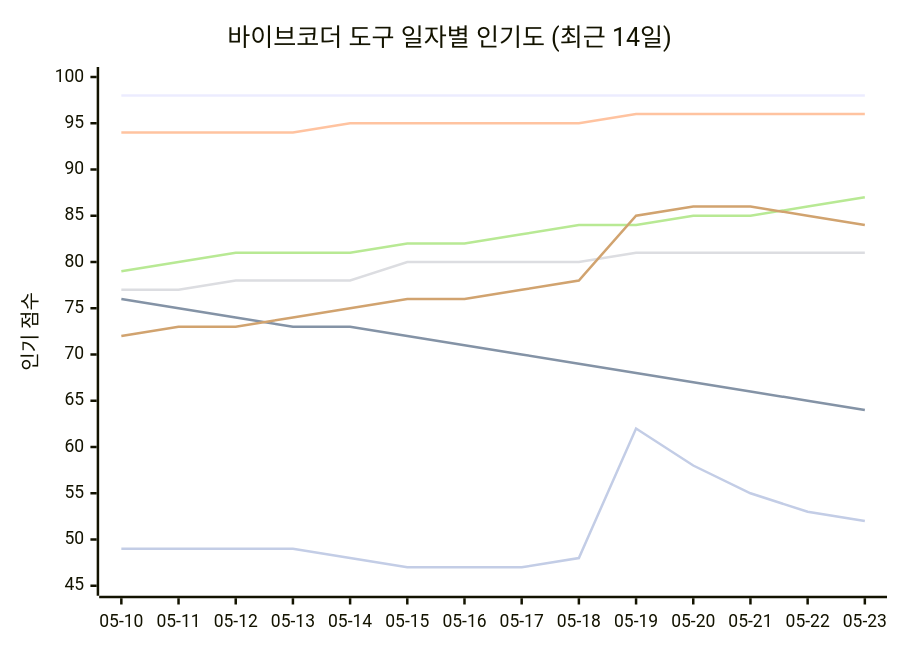
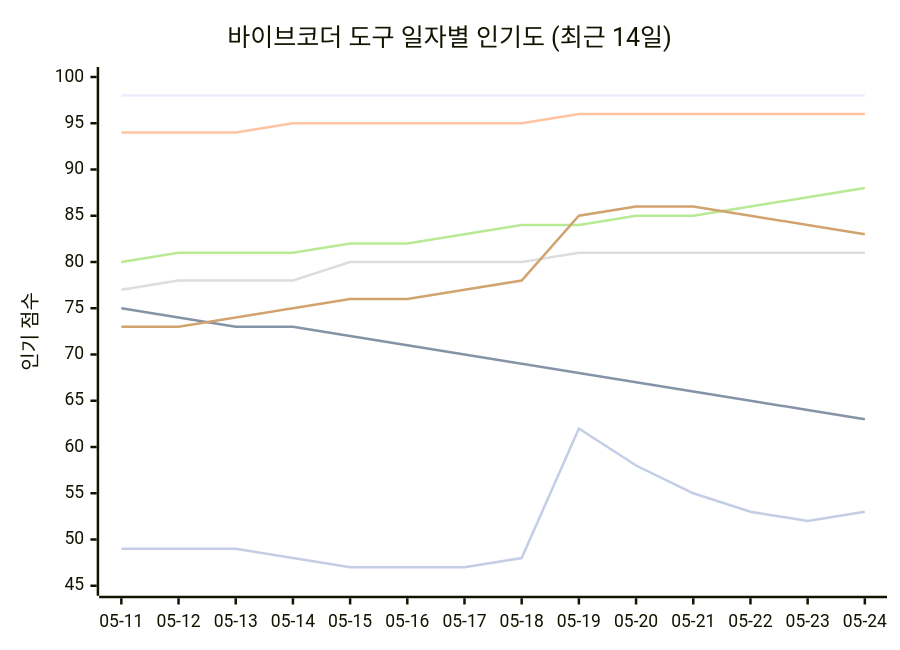
One commit to tykimos/ai-whatchelin changed the seventh of 11 diagrams in README_ko.md. Above: the diagram before and after it, drawn with Mermaid. The commit also changed other lines of this file and 4 other files, not shown here.

````diff
--- a/README_ko.md
+++ b/README_ko.md
@@ -972,13 +977,13 @@
 ```mermaid
 xychart-beta
     title "바이브코더 도구 일자별 인기도 (최근 14일)"
-    x-axis ["05-10", "05-11", "05-12", "05-13", "05-14", "05-15", "05-16", "05-17", "05-18", "05-19", "05-20", "05-21", "05-22", "05-23"]
+    x-axis ["05-11", "05-12", "05-13", "05-14", "05-15", "05-16", "05-17", "05-18", "05-19", "05-20", "05-21", "05-22", "05-23", "05-24"]
     y-axis "인기 점수" 45 --> 100
     line "Claude Code" [98, 98, 98, 98, 98, 98, 98, 98, 98, 98, 98, 98, 98, 98]
-    line "GH Copilot" [76, 75, 74, 73, 73, 72, 71, 70, 69, 68, 67, 66, 65, 64]
-    line "Cursor" [94, 94, 94, 94, 95, 95, 95, 95, 95, 96, 96, 96, 96, 96]
-    line "Windsurf" [77, 77, 78, 78, 78, 80, 80, 80, 80, 81, 81, 81, 81, 81]
-    line "Codex CLI" [79, 80, 81, 81, 81, 82, 82, 83, 84, 84, 85, 85, 86, 87]
-    line "Gemini CLI" [72, 73, 73, 74, 75, 76, 76, 77, 78, 85, 86, 86, 85, 84]
-    line "Antigravity" [49, 49, 49, 49, 48, 47, 47, 47, 48, 62, 58, 55, 53, 52]
+    line "GH Copilot" [75, 74, 73, 73, 72, 71, 70, 69, 68, 67, 66, 65, 64, 63]
+    line "Cursor" [94, 94, 94, 95, 95, 95, 95, 95, 96, 96, 96, 96, 96, 96]
+    line "Windsurf" [77, 78, 78, 78, 80, 80, 80, 80, 81, 81, 81, 81, 81, 81]
+    line "Codex CLI" [80, 81, 81, 81, 82, 82, 83, 84, 84, 85, 85, 86, 87, 88]
+    line "Gemini CLI" [73, 73, 74, 75, 76, 76, 77, 78, 85, 86, 86, 85, 84, 83]
+    line "Antigravity" [49, 49, 49, 48, 47, 47, 47, 48, 62, 58, 55, 53, 52, 53]
 ```
````
